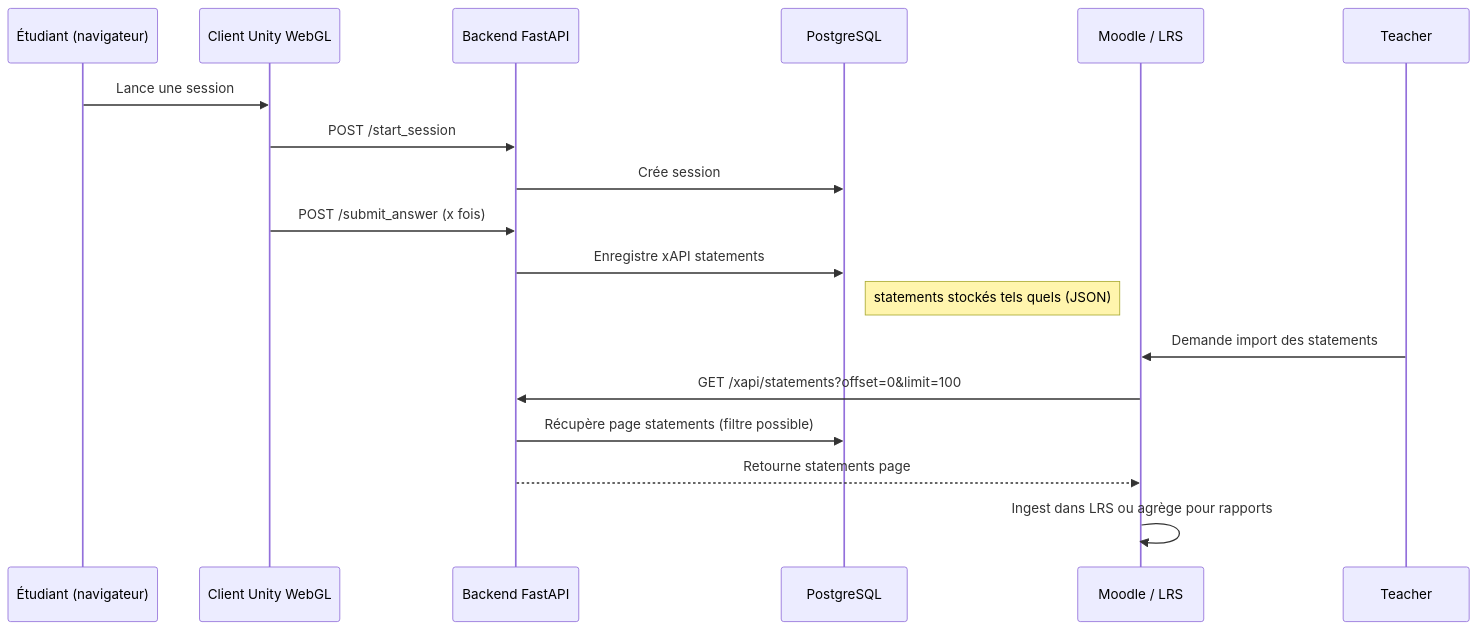
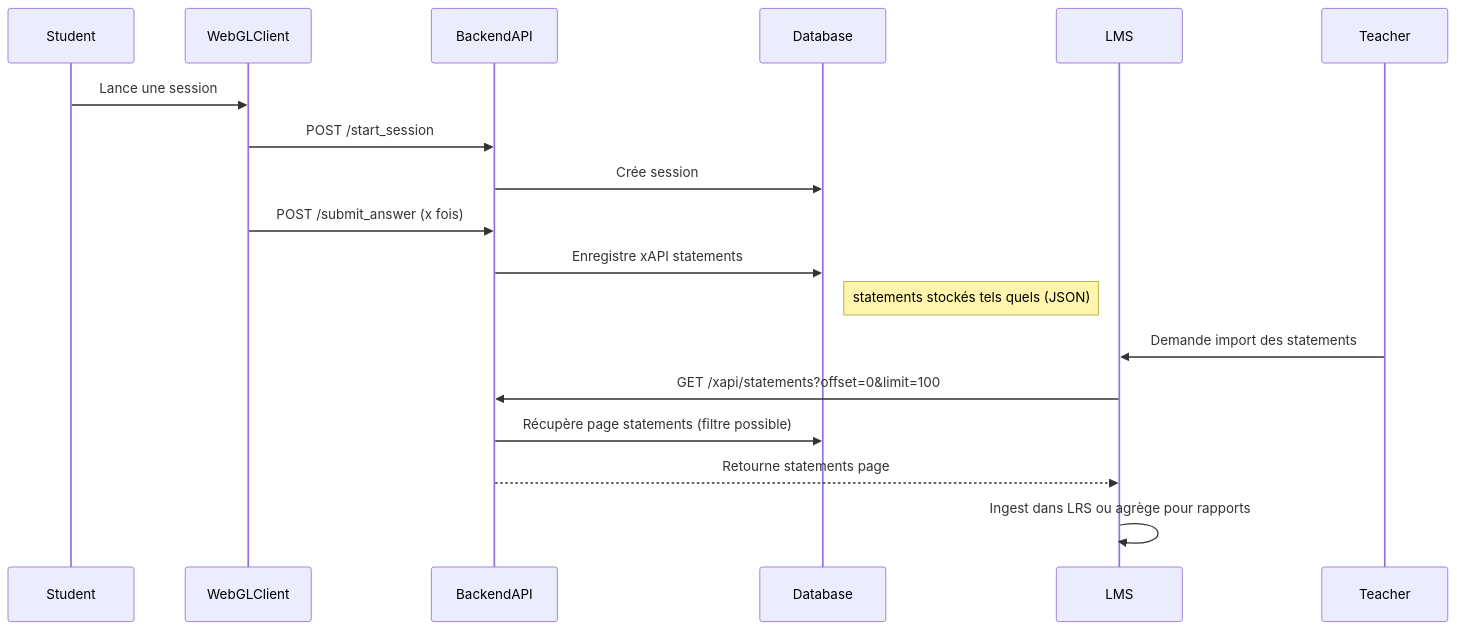
Before and after one commit to Purple003/Directeur-de-Jeu--beta-version: the fourth of 8 diagrams in README.md, drawn with Mermaid. The commit also changed other lines of this file, not shown here.

````diff
--- a/README.md
+++ b/README.md
@@ -184,21 +190,21 @@
 ```mermaid
 %% Diagramme de workflow d'intégration WebGL dans une plateforme LMS
 sequenceDiagram
-  participant Student as Étudiant (navigateur)
-  participant WebGL as Client Unity WebGL
-  participant API as Backend FastAPI
-  participant DB as PostgreSQL
-  participant LMS as Moodle / LRS
+  participant Student as Student
+  participant WebGL as WebGLClient
+  participant API as BackendAPI
+  participant DB as Database
+  participant LMS as LMS
 
   Student->>WebGL: Lance une session
   WebGL->>API: POST /start_session
   API->>DB: Crée session
   WebGL->>API: POST /submit_answer (x fois)
   API->>DB: Enregistre xAPI statements
   Note right of DB: statements stockés tels quels (JSON)
   Teacher->>LMS: Demande import des statements
   LMS->>API: GET /xapi/statements?offset=0&limit=100
   API->>DB: Récupère page statements (filtre possible)
   API-->>LMS: Retourne statements page
   LMS->>LMS: Ingest dans LRS ou agrège pour rapports
 ```
````
